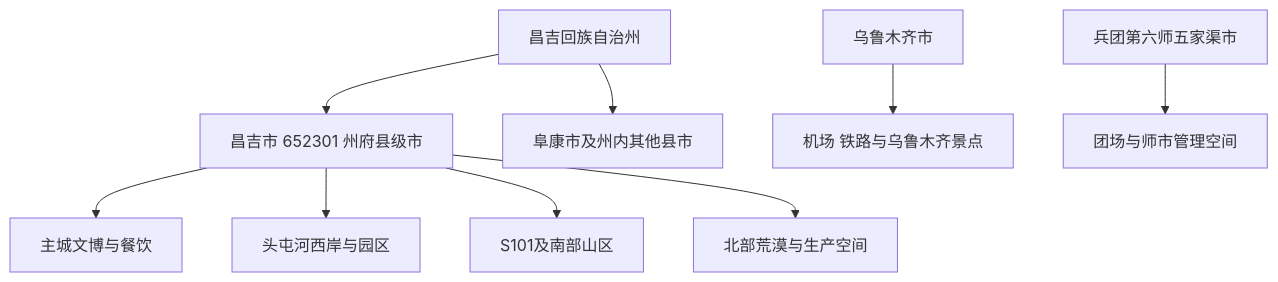
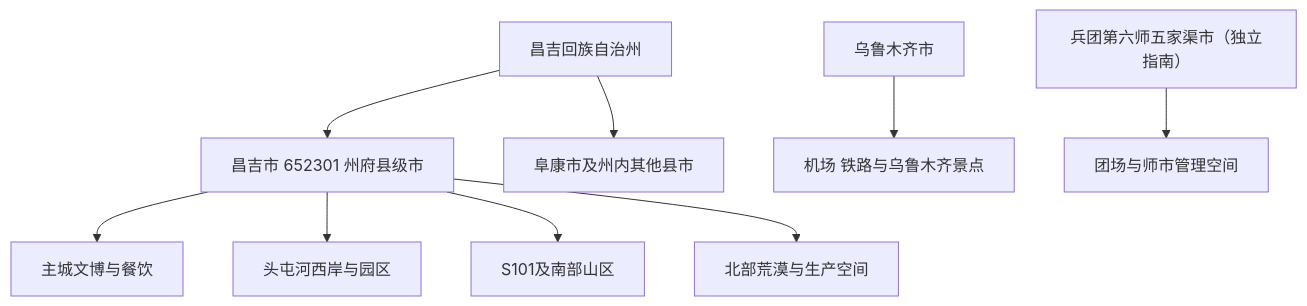
Before and after one commit to cyrilggg/travel-database: the first of 2 diagrams in destinations/中国/新疆维吾尔自治区/昌吉市.md, drawn with Mermaid. The commit also changed other lines of this file and 34 other files, not shown here.

````diff
--- a/destinations/中国/新疆维吾尔自治区/昌吉市.md
+++ b/destinations/中国/新疆维吾尔自治区/昌吉市.md
@@ -49,11 +49,11 @@
 ```mermaid
 flowchart TD
     Z["昌吉回族自治州"] --> C["昌吉市 652301 州府县级市"]
     Z --> F["阜康市及州内其他县市"]
     U["乌鲁木齐市"] --> UA["机场 铁路与乌鲁木齐景点"]
-    X["兵团第六师五家渠市"] --> T["团场与师市管理空间"]
+    X["兵团第六师五家渠市（独立指南）"] --> T["团场与师市管理空间"]
     C --> M["主城文博与餐饮"]
     C --> E["头屯河西岸与园区"]
     C --> S["S101及南部山区"]
     C --> N["北部荒漠与生产空间"]
 ```
````
